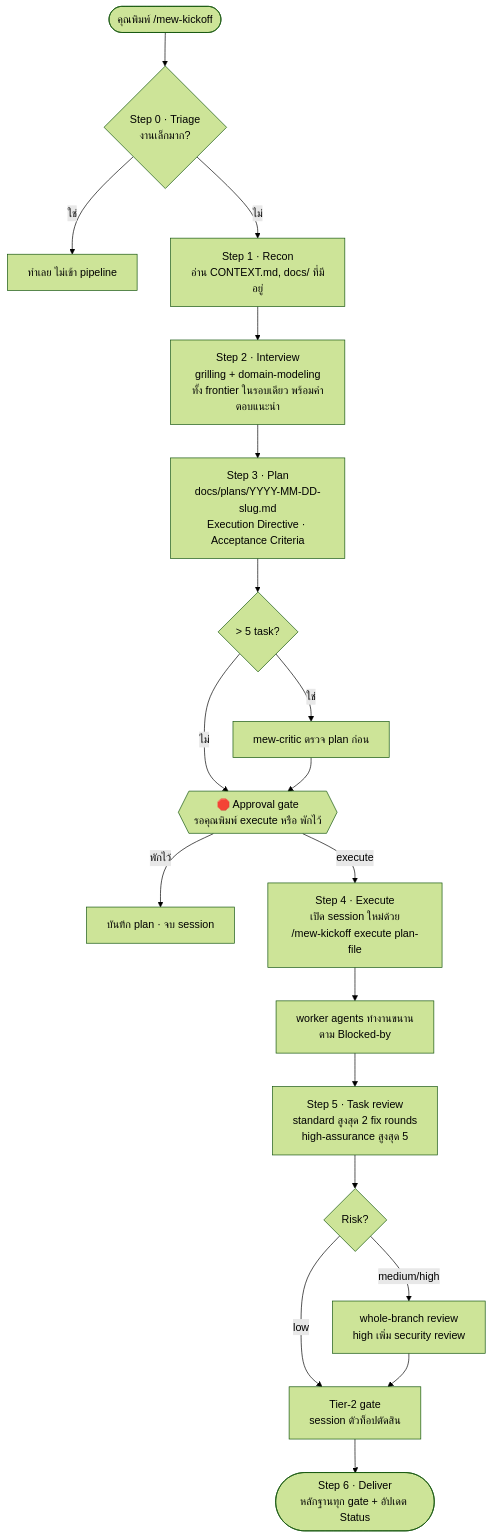
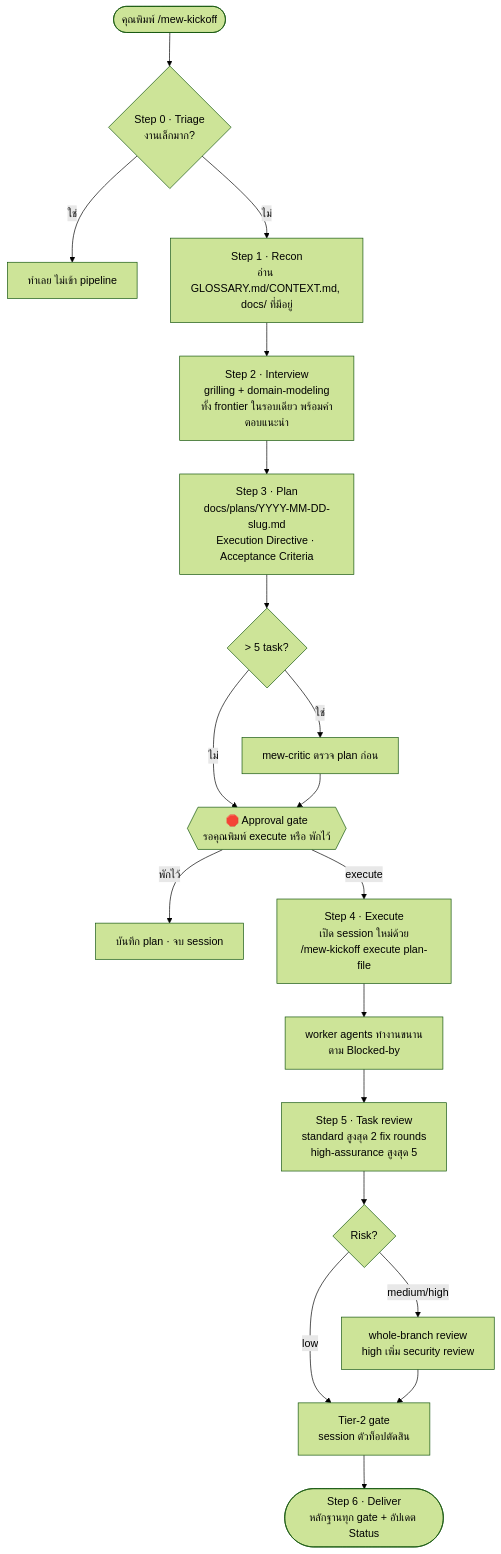
One commit to mewic/mew-kickoff changed the diagram in README.md. Above: the diagram before and after it, drawn with Mermaid (forest theme). The commit also changed other lines of this file and 2 other files, not shown here.

First line of the commit message:
Prefer GLOSSARY.md over CONTEXT.md as project glossary

````diff
--- a/README.md
+++ b/README.md
@@ -124,23 +124,23 @@
 ```mermaid
 flowchart TD
     A([คุณพิมพ์ /mew-kickoff]) --> B{Step 0 · Triage<br/>งานเล็กมาก?}
     B -- ใช่ --> B1[ทำเลย ไม่เข้า pipeline]
-    B -- ไม่ --> C[Step 1 · Recon<br/>อ่าน CONTEXT.md, docs/ ที่มีอยู่]
+    B -- ไม่ --> C[Step 1 · Recon<br/>อ่าน GLOSSARY.md/CONTEXT.md, docs/ ที่มีอยู่]
     C --> D[Step 2 · Interview<br/>grilling + domain-modeling<br/>ทั้ง frontier ในรอบเดียว พร้อมคำตอบแนะนำ]
     D --> E[Step 3 · Plan<br/>docs/plans/YYYY-MM-DD-slug.md<br/>Execution Directive · Acceptance Criteria]
     E --> E1{"> 5 task?"}
     E1 -- ใช่ --> E2[mew-critic ตรวจ plan ก่อน]
     E1 -- ไม่ --> F
     E2 --> F
     F{{"🛑 Approval gate<br/>รอคุณพิมพ์ execute หรือ พักไว้"}}
     F -- พักไว้ --> F1[บันทึก plan · จบ session]
     F -- execute --> G[Step 4 · Execute<br/>เปิด session ใหม่ด้วย<br/>/mew-kickoff execute plan-file]
     G --> H[worker agents ทำงานขนาน<br/>ตาม Blocked-by]
     H --> I[Step 5 · Task review<br/>standard สูงสุด 2 fix rounds<br/>high-assurance สูงสุด 5]
     I --> J{Risk?}
     J -- low --> K
     J -- medium/high --> J1[whole-branch review<br/>high เพิ่ม security review]
     J1 --> K
     K[Tier-2 gate<br/>session ตัวท็อปตัดสิน]
     K --> L([Step 6 · Deliver<br/>หลักฐานทุก gate + อัปเดต Status])
 ```
````
